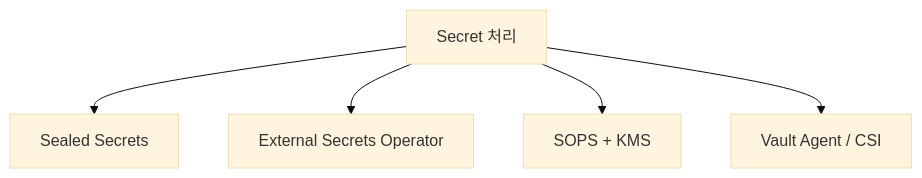
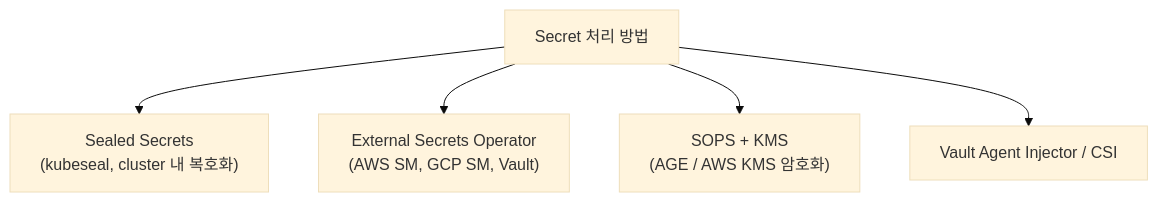
Before and after one commit to shinkeonkim/shinkeonkim.github.io: the sixth of 7 diagrams in src/content/wiki/devops/gitops-patterns.mdx, drawn with Mermaid (base theme). The commit also changed other lines of this file and 526 other files, not shown here.

First line of the commit message:
content(wiki): 전수조사 및 대규모 보강 (짧은 파일 0, mermaid +645)

````diff
--- a/src/content/wiki/devops/gitops-patterns.mdx
+++ b/src/content/wiki/devops/gitops-patterns.mdx
@@ -104,8 +219,8 @@
 ```mermaid
 flowchart TD
-    Q[Secret 처리]
-    Q --> Sealed[Sealed Secrets]
-    Q --> ESO[External Secrets Operator]
-    Q --> SOPS[SOPS + KMS]
-    Q --> Vault[Vault Agent / CSI]
+    Q["Secret 처리 방법"]
+    Q --> Sealed["Sealed Secrets\n(kubeseal, cluster 내 복호화)"]
+    Q --> ESO["External Secrets Operator\n(AWS SM, GCP SM, Vault)"]
+    Q --> SOPS["SOPS + KMS\n(AGE / AWS KMS 암호화)"]
+    Q --> Vault["Vault Agent Injector / CSI"]
 ```
````
